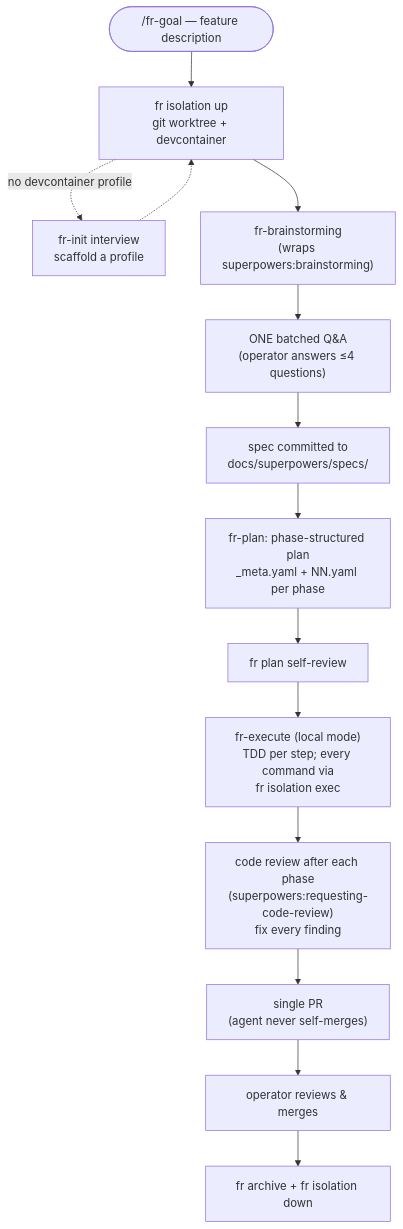
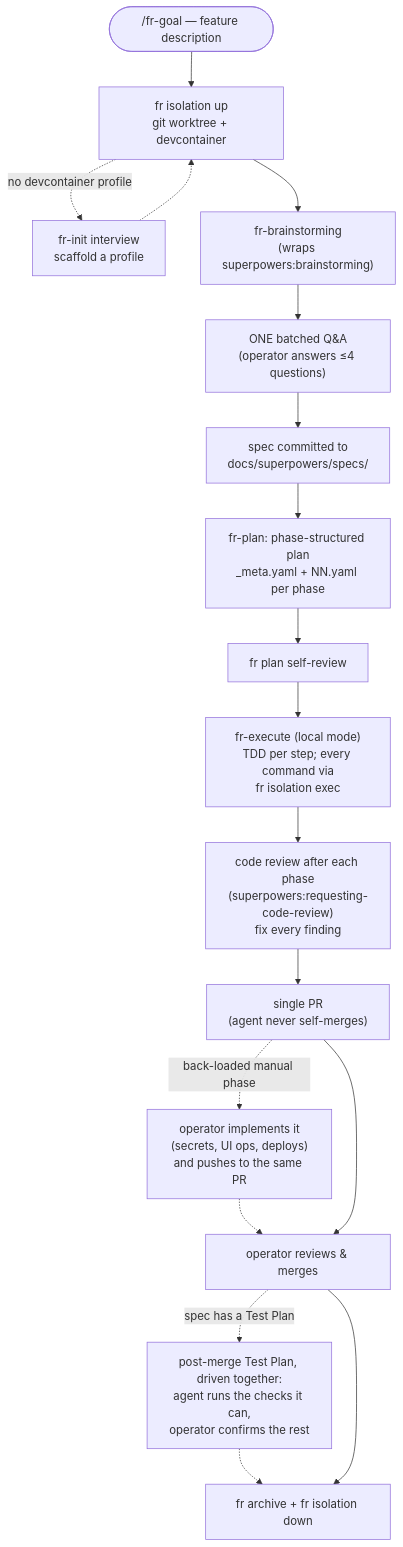
The first of 2 diagrams in README.md (derio-net/super-fr), drawn with Mermaid before and after one commit. The commit also changed other lines of this file, not shown here.

First line of the commit message:
docs: Flow 1 — surface manual phase + post-merge Test Plan in the README diagram (#274)

````diff
--- a/README.md
+++ b/README.md
@@ -40,15 +40,17 @@
 ```mermaid
 flowchart TD
     Goal(["/fr-goal — feature description"]) --> Iso["fr isolation up<br/>git worktree + devcontainer"]
     Iso -. no devcontainer profile .-> Init["fr-init interview<br/>scaffold a profile"] -.-> Iso
     Iso --> BS["fr-brainstorming<br/>(wraps superpowers:brainstorming)"]
     BS --> QA["ONE batched Q&A<br/>(operator answers ≤4 questions)"]
     QA --> Spec["spec committed to<br/>docs/superpowers/specs/"]
     Spec --> Plan["fr-plan: phase-structured plan<br/>_meta.yaml + NN.yaml per phase"]
     Plan --> SR["fr plan self-review"]
     SR --> Exec["fr-execute (local mode)<br/>TDD per step; every command via<br/>fr isolation exec"]
     Exec --> Review["code review after each phase<br/>(superpowers:requesting-code-review)<br/>fix every finding"]
     Review --> PR["single PR<br/>(agent never self-merges)"]
+    PR -. back-loaded manual phase .-> Manual["operator implements it<br/>(secrets, UI ops, deploys)<br/>and pushes to the same PR"] -.-> Merge
     PR --> Merge["operator reviews & merges"]
+    Merge -. spec has a Test Plan .-> TP["post-merge Test Plan, driven together:<br/>agent runs the checks it can,<br/>operator confirms the rest"] -.-> Close
     Merge --> Close["fr archive + fr isolation down"]
 ```
````
